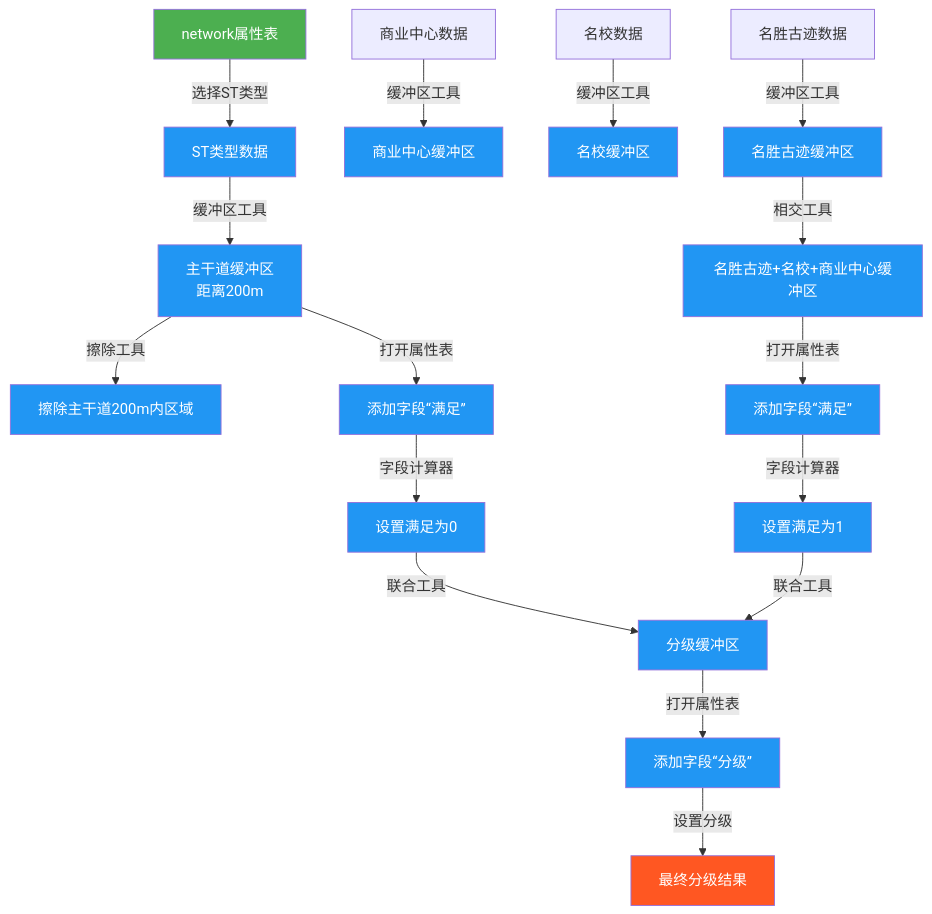
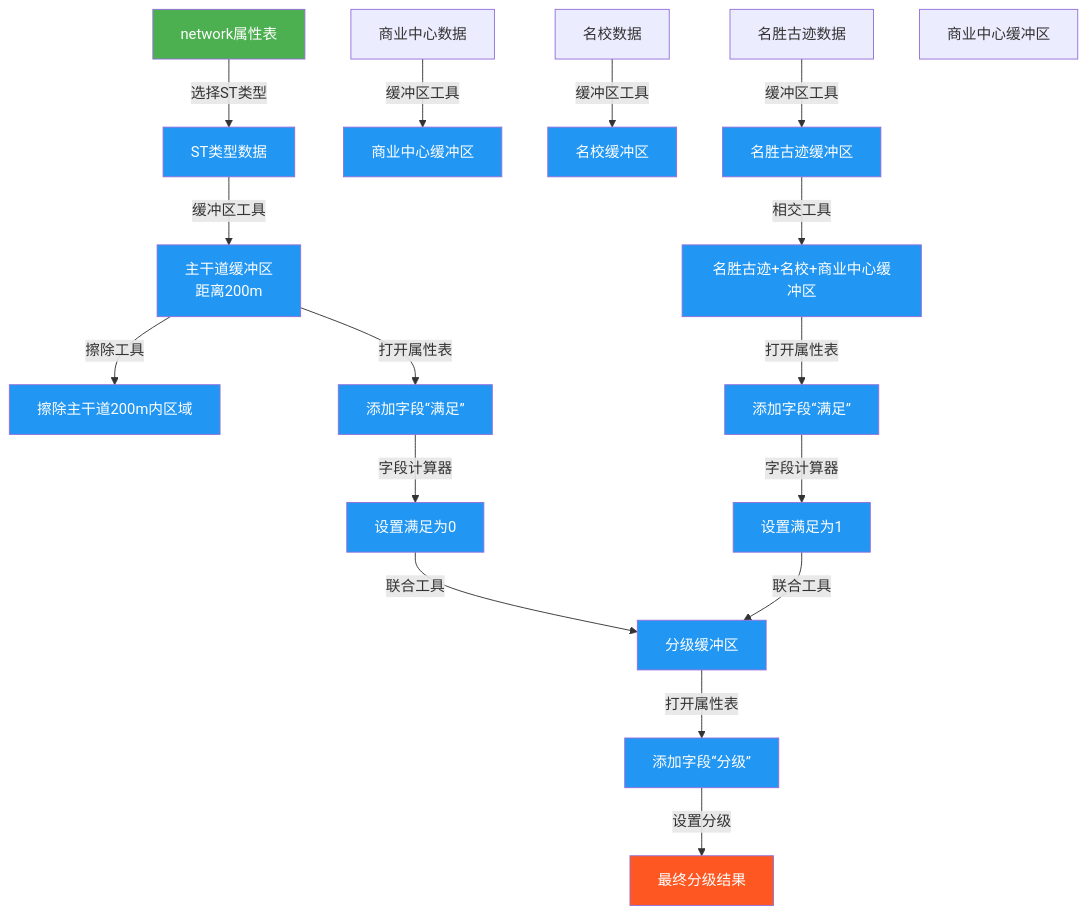
Before and after one commit to newguser/iodraw-files: the diagram in all/未命名.md, drawn with Mermaid.

Commit message:
2025-02-27 20:25:12 update

````diff
--- a/all/未命名.md
+++ b/all/未命名.md
@@ -1,25 +1,25 @@
 ```mermaid
 graph TD
 
         A1[network属性表] -->|选择ST类型| A2[ST类型数据]
         A2 -->|缓冲区工具| A3[主干道缓冲区<br>距离200m]
         B1[商业中心数据] -->|缓冲区工具| B2[商业中心缓冲区]
         C1[名校数据] -->|缓冲区工具| C2[名校缓冲区]
 
         D1[名胜古迹数据] -->|缓冲区工具| D2[名胜古迹缓冲区]
-        B2
+        B2B2[商业中心缓冲区]
         D2 -->|相交工具| E1[名胜古迹+名校+商业中心缓冲区]
         A3 -->|擦除工具| E2[擦除主干道200m内区域]
         E1 -->|打开属性表| E3[添加字段“满足”]
         E3 -->|字段计算器| E4[设置满足为1]
         A3 -->|打开属性表| E5[添加字段“满足”]
         E5 -->|字段计算器| E6[设置满足为0]
         E4 -->|联合工具| E7[分级缓冲区]
         E6 -->|联合工具| E7
         E7 -->|打开属性表| E8[添加字段“分级”]
         E8 -->|设置分级| E9[最终分级结果]
     style A1 fill:#4CAF50,color:white
     style E9 fill:#FF5722,color:white
     classDef process fill:#2196F3,color:white;
     class A2,A3,B2,C2,D2,E1,E2,E3,E4,E5,E6,E7,E8 process
 ```
````
